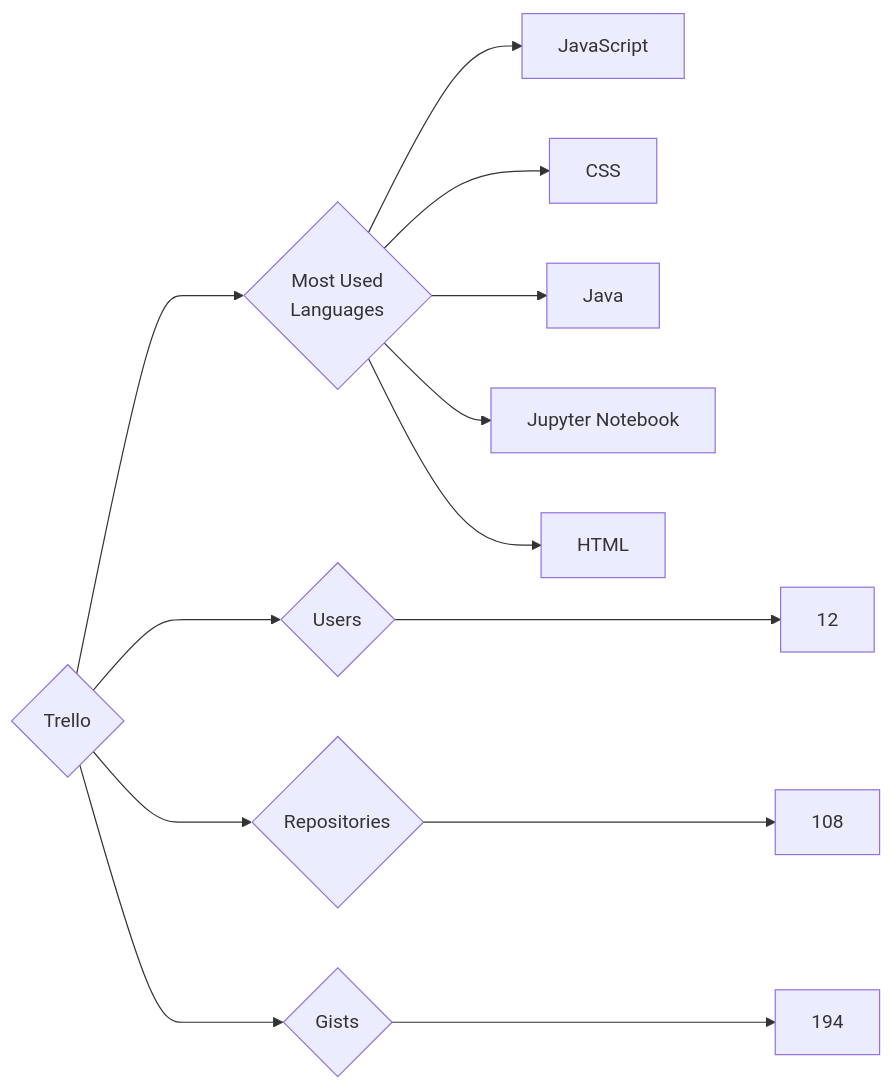
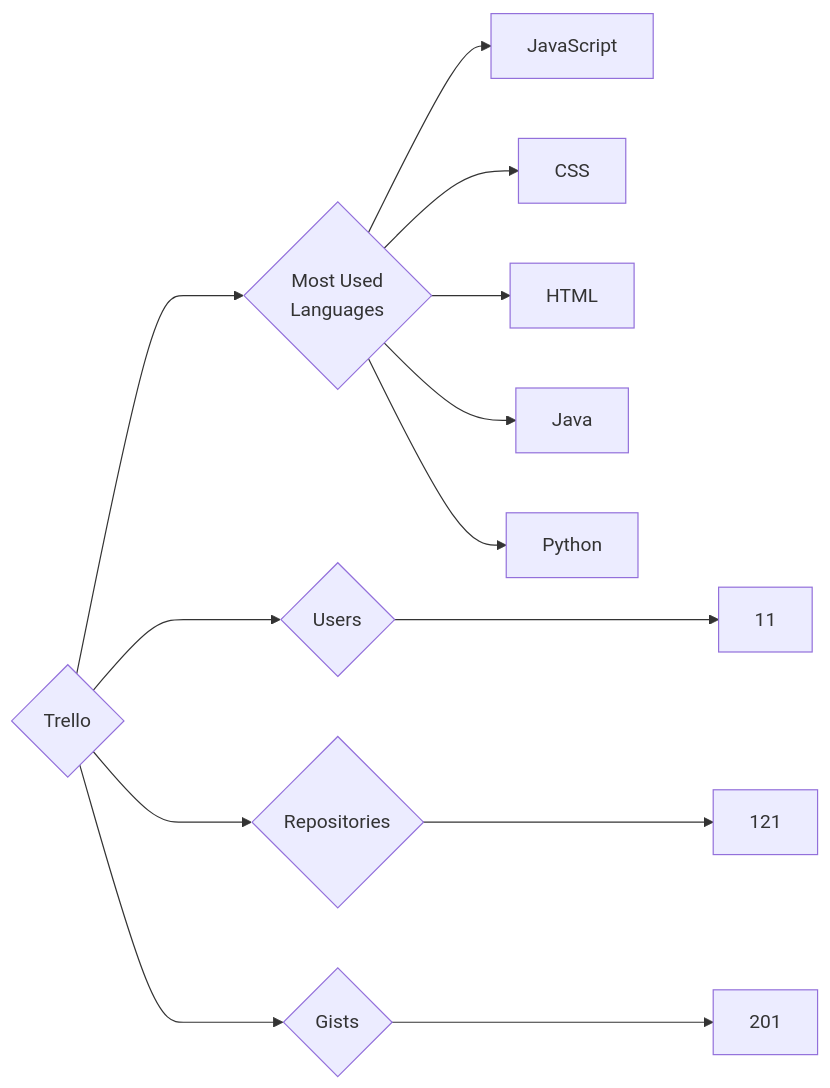
One commit to trickest/insiders changed the diagram in targets/Trello/README.md. Above: the diagram before and after it, drawn with Mermaid. The commit also changed 829 other files, not shown here.

````diff
--- a/targets/Trello/README.md
+++ b/targets/Trello/README.md
@@ -3,13 +3,13 @@
 ```mermaid
 graph LR
 COMPANY_NAME{Trello}
-COMPANY_NAME ---> U{Users} ---> UN[12]
-COMPANY_NAME ---> R{Repositories} ---> RN[108]
-COMPANY_NAME ---> G{Gists} ---> GN[194]
+COMPANY_NAME ---> U{Users} ---> UN[11]
+COMPANY_NAME ---> R{Repositories} ---> RN[121]
+COMPANY_NAME ---> G{Gists} ---> GN[201]
 COMPANY_NAME ---> ML{Most Used<br>Languages}
 ML --> JavaScript[JavaScript]
 ML --> CSS[CSS]
+ML --> HTML[HTML]
 ML --> Java[Java]
-ML --> Jupyter_Notebook[Jupyter Notebook]
-ML --> HTML[HTML]
+ML --> Python[Python]
 ```
````
